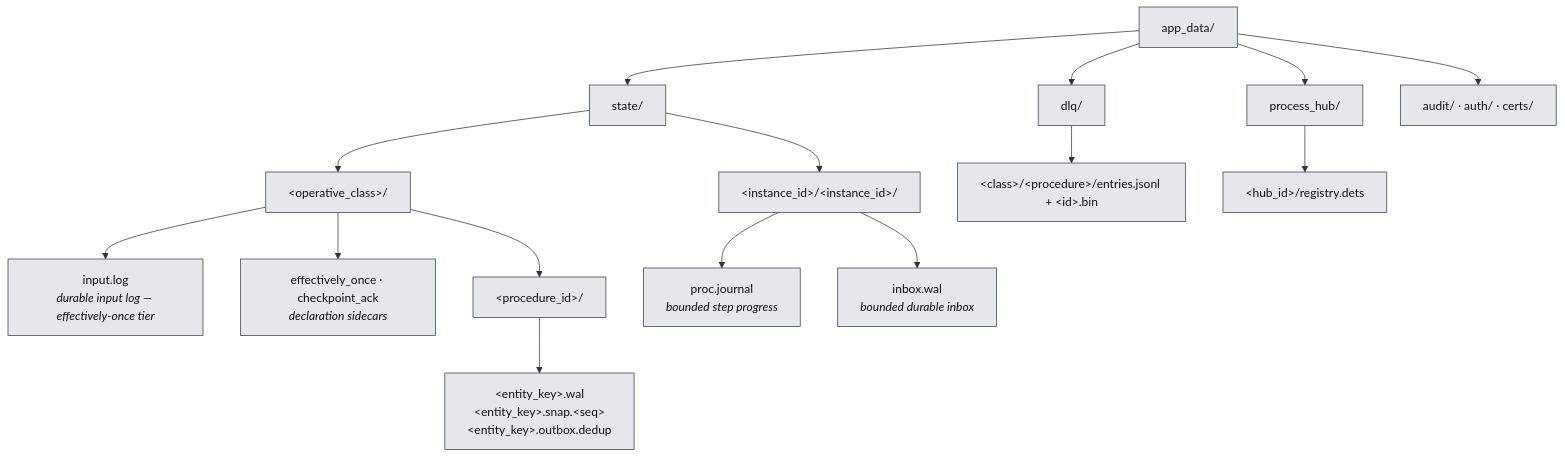
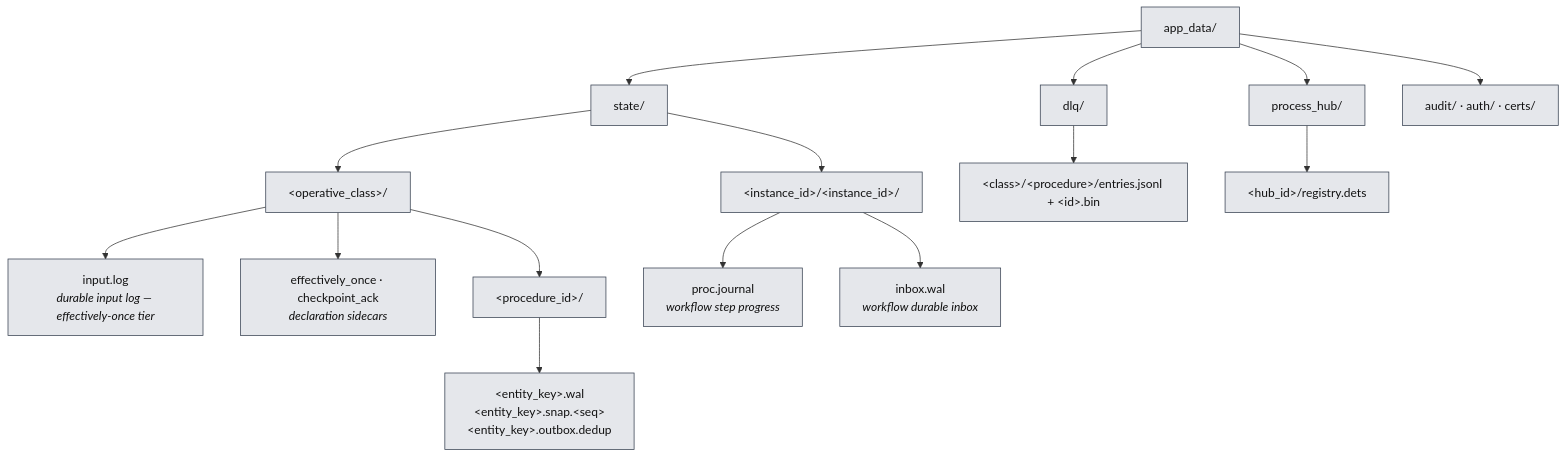
The eighth of 9 diagrams in docs/architecture/README.md (Flezha/flezha), drawn with Mermaid before and after one commit. The commit also changed other lines of this file and 431 other files, not shown here.

````diff
--- a/docs/architecture/README.md
+++ b/docs/architecture/README.md
@@ -413,38 +413,38 @@
 ```mermaid
 flowchart TB
     ROOT["app_data/"]:::store
     ST["state/"]:::store
     DLQ["dlq/"]:::store
     PH["process_hub/"]:::store
     AUD["audit/ · auth/ · certs/"]:::store
 
     CLS["&lt;operative_class&gt;/"]:::store
     IL["input.log<br/><i>durable input log — effectively-once tier</i>"]:::store
     DECL["effectively_once · checkpoint_ack<br/><i>declaration sidecars</i>"]:::store
     OPID["&lt;procedure_id&gt;/"]:::store
     SEG["&lt;entity_key&gt;.wal<br/>&lt;entity_key&gt;.snap.&lt;seq&gt;<br/>&lt;entity_key&gt;.outbox.dedup"]:::store
 
     INST["&lt;instance_id&gt;/&lt;instance_id&gt;/"]:::store
-    JRN["proc.journal<br/><i>bounded step progress</i>"]:::store
-    INB["inbox.wal<br/><i>bounded durable inbox</i>"]:::store
+    JRN["proc.journal<br/><i>workflow step progress</i>"]:::store
+    INB["inbox.wal<br/><i>workflow durable inbox</i>"]:::store
 
     DLQE["&lt;class&gt;/&lt;procedure&gt;/entries.jsonl + &lt;id&gt;.bin"]:::store
     PHR["&lt;hub_id&gt;/registry.dets"]:::store
 
     ROOT --> ST
     ROOT --> DLQ
     ROOT --> PH
     ROOT --> AUD
     ST --> CLS
     CLS --> IL
     CLS --> DECL
     CLS --> OPID
     OPID --> SEG
     ST --> INST
     INST --> JRN
     INST --> INB
     DLQ --> DLQE
     PH --> PHR
 
     classDef store fill:#e5e7eb,stroke:#374151,color:#111
 ```
````
